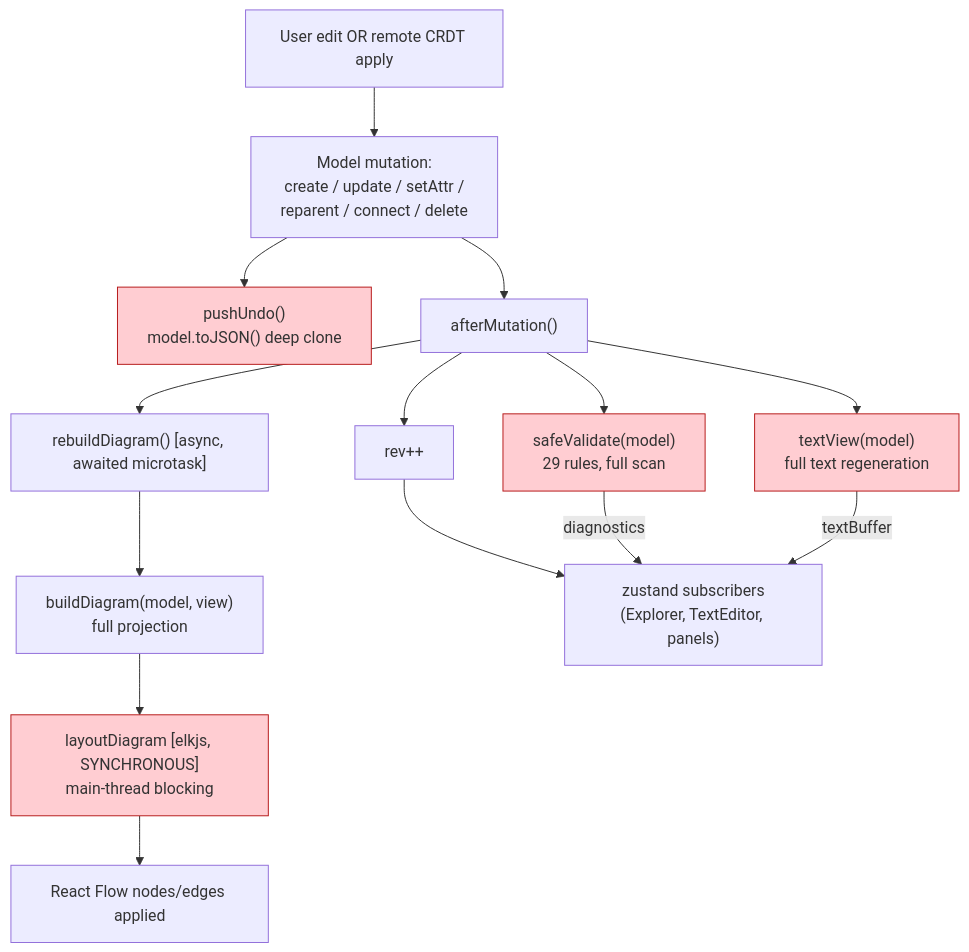
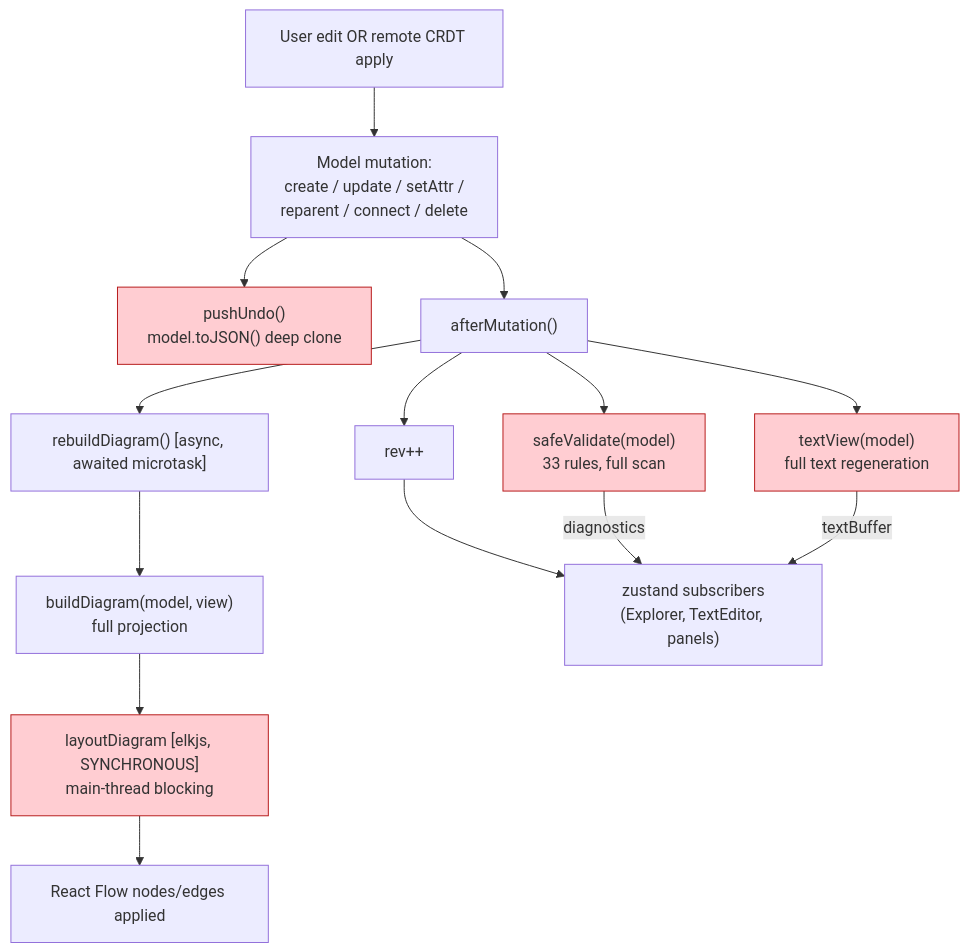
One commit to cosmindxu/sysprose changed the third of 7 diagrams in docs/architecture/05-data-flow.md. Above: the diagram before and after it, drawn with Mermaid. The commit also changed 13 other files, not shown here.

````diff
--- a/docs/architecture/05-data-flow.md
+++ b/docs/architecture/05-data-flow.md
@@ -98,32 +98,32 @@
 ```mermaid
 flowchart TB
     trigger["User edit OR remote CRDT apply"]
     op["Model mutation:\ncreate / update / setAttr /\nreparent / connect / delete"]
     pushUndo["pushUndo()\nmodel.toJSON() deep clone"]
     afterMut["afterMutation()"]
-    validate["safeValidate(model)\n29 rules, full scan"]
+    validate["safeValidate(model)\n33 rules, full scan"]
     serialize["textView(model)\nfull text regeneration"]
     bump["rev++"]
     rebuild["rebuildDiagram() [async, awaited microtask]"]
     build["buildDiagram(model, view)\nfull projection"]
     layout["layoutDiagram [elkjs, SYNCHRONOUS]\nmain-thread blocking"]
     apply["React Flow nodes/edges applied"]
     listeners[" zustand subscribers\n(Explorer, TextEditor, panels)"]
 
     trigger --> op
     op --> pushUndo
     op --> afterMut
     afterMut --> validate
     afterMut --> serialize
     afterMut --> bump
     afterMut --> rebuild
     rebuild --> build
     build --> layout
     layout --> apply
     bump --> listeners
     validate -->|diagnostics| listeners
     serialize -->|textBuffer| listeners
 
     classDef hot fill:#ffcdd2,stroke:#b71c1c
     class validate,serialize,layout,pushUndo hot
 ```
````
